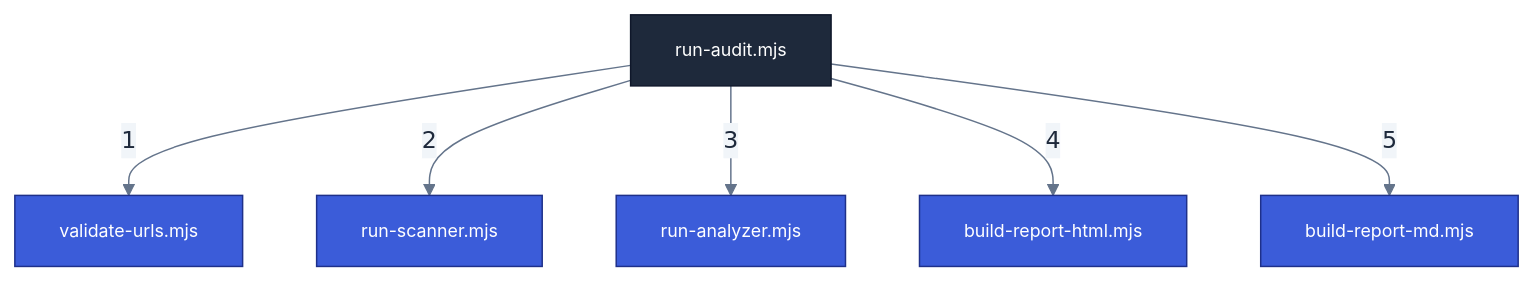
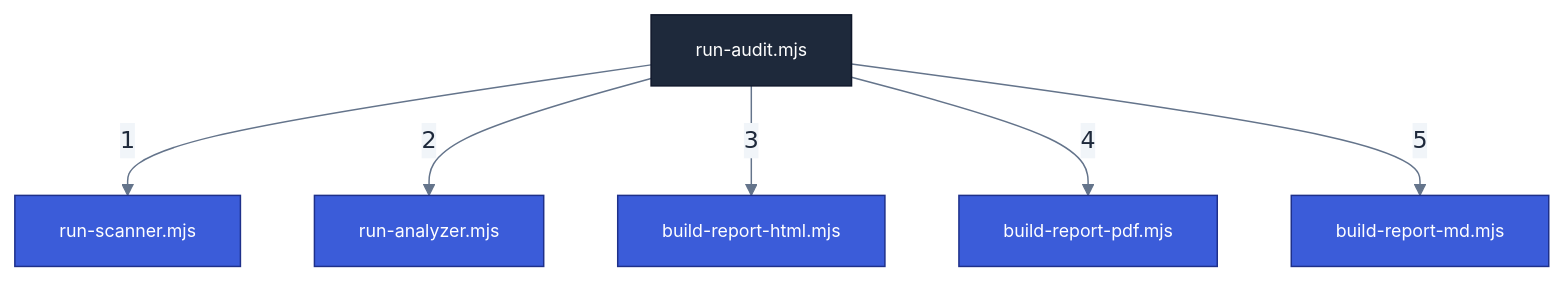
The diagram in docs/scripts-catalog.md (diegovelasquezweb/a11y-skill), drawn with Mermaid before and after one commit. The commit also changed other lines of this file and 3 other files, not shown here.

Commit message:
docs: Update test count, refine engine intelligence properties, and adjust audit script catalog to include PDF reporting.

````diff
--- a/docs/scripts-catalog.md
+++ b/docs/scripts-catalog.md
@@ -13,16 +13,16 @@
 ```mermaid
 %%{init: { 'theme': 'base', 'themeVariables': { 'primaryColor': '#3b5cd9', 'primaryTextColor': '#1e293b', 'primaryBorderColor': '#1e308a', 'lineColor': '#64748b', 'secondaryColor': '#f1f5f9', 'tertiaryColor': '#fff', 'mainBkg': '#fff', 'nodeBorder': '#e2e8f0' } } }%%
 flowchart TD
-    A[run-audit.mjs] -- 1 --> B[validate-urls.mjs]
-    A -- 2 --> C[run-scanner.mjs]
-    A -- 3 --> D[run-analyzer.mjs]
-    A -- 4 --> E[build-report-html.mjs]
+    A[run-audit.mjs] -- 1 --> C[run-scanner.mjs]
+    A -- 2 --> D[run-analyzer.mjs]
+    A -- 3 --> E[build-report-html.mjs]
+    A -- 4 --> G[build-report-pdf.mjs]
     A -- 5 --> F[build-report-md.mjs]
 
     classDef default font-family:Inter,sans-serif,font-size:12px;
     classDef core fill:#3b5cd9,color:#fff,stroke:#1e308a;
     classDef orchestrator fill:#1e293b,color:#fff,stroke:#0f172a;
 
     class A orchestrator;
-    class B,C,D,E,F core;
+    class C,D,E,F,G core;
 ```
````
